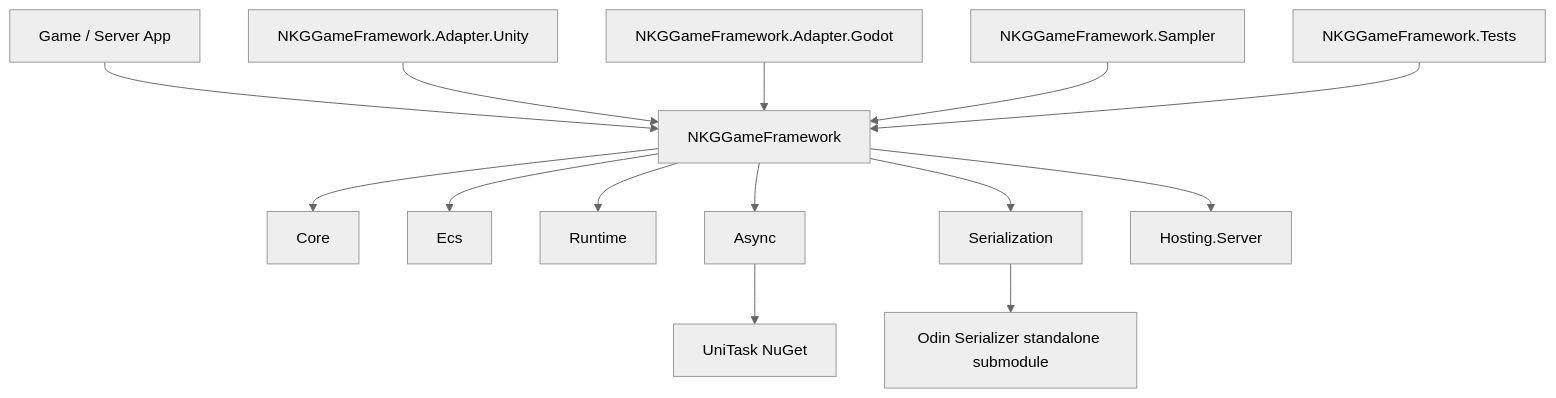
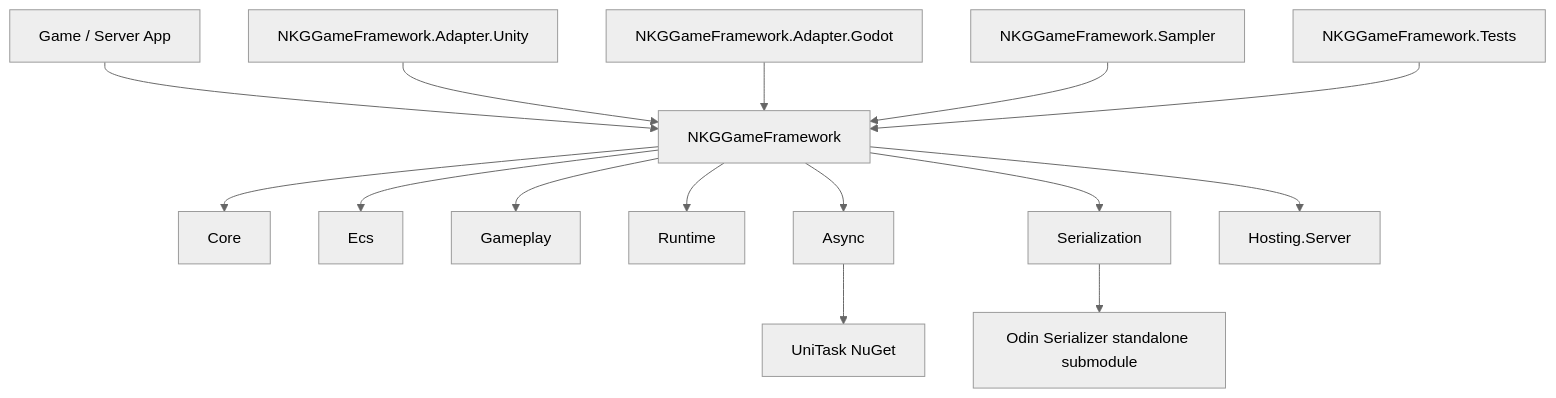
The first of 2 diagrams in README.md (wqaetly/NKGGameFramework), drawn with Mermaid (neutral theme) before and after one commit. The commit also changed other lines of this file and 41 other files, not shown here.

````diff
--- a/README.md
+++ b/README.md
@@ -19,18 +21,19 @@
 ```mermaid
 flowchart TD
     App["Game / Server App"] --> CorePkg["NKGGameFramework"]
     UnityAdapter["NKGGameFramework.Adapter.Unity"] --> CorePkg
     GodotAdapter["NKGGameFramework.Adapter.Godot"] --> CorePkg
     Sampler["NKGGameFramework.Sampler"] --> CorePkg
     Tests["NKGGameFramework.Tests"] --> CorePkg
 
     CorePkg --> Core["Core"]
     CorePkg --> Ecs["Ecs"]
+    CorePkg --> Gameplay["Gameplay"]
     CorePkg --> Runtime["Runtime"]
     CorePkg --> Async["Async"]
     CorePkg --> Serialization["Serialization"]
     CorePkg --> Hosting["Hosting.Server"]
 
     Async --> UniTask["UniTask NuGet"]
     Serialization --> Odin["Odin Serializer standalone submodule"]
 ```
````
